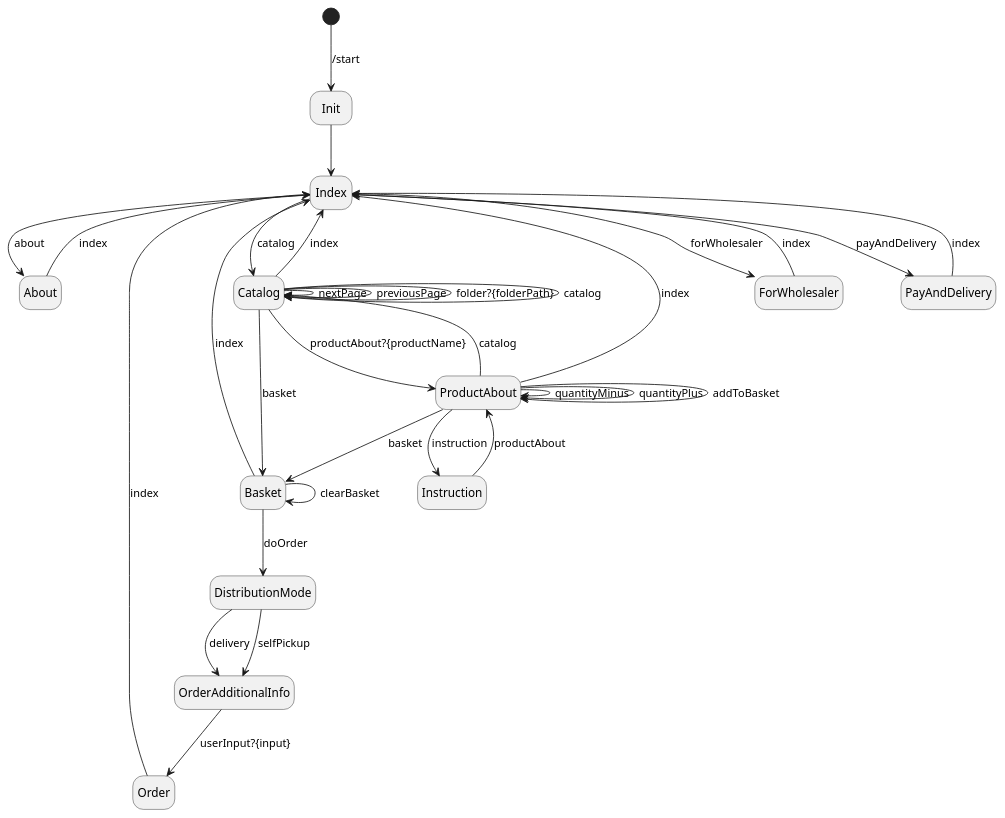
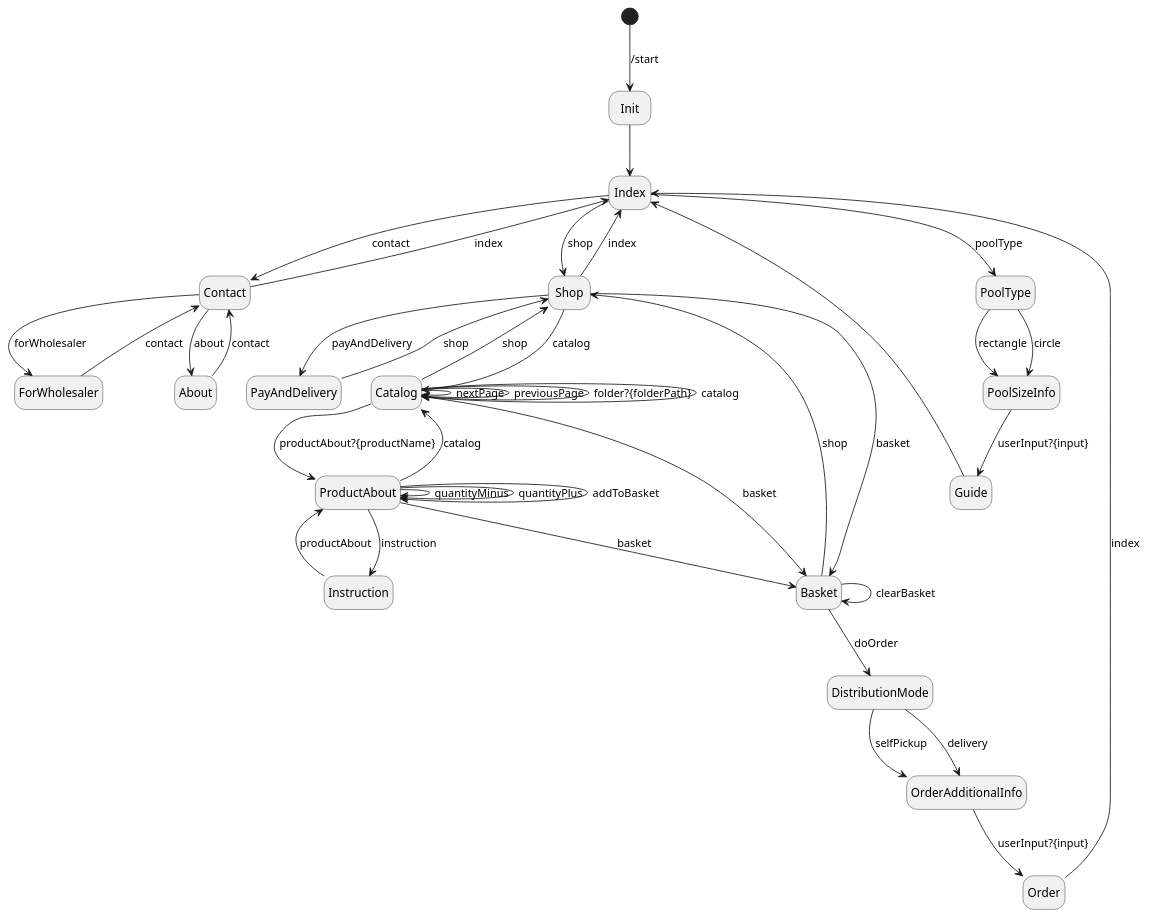
One commit to ViktorShchukin/shopbot changed the diagram in doc/botFsmDiagram.md. Above: the diagram before and after it, drawn with PlantUML.

Commit message:
Refactor fsm diagram.

````diff
--- a/doc/botFsmDiagram.md
+++ b/doc/botFsmDiagram.md
@@ -2,61 +2,79 @@
 ```plantuml
 hide empty description
 
 state entrypoint <<start>>
 
 state About
+state Contact
+state Shop
+state Guide
 state Basket
 state Catalog
 state Index
 state Init
 state Order
 state ProductAbout
 state ForWholesaler
 state PayAndDelivery
 state Instruction
 state DistributionMode
 state OrderAdditionalInfo
     
 entrypoint --> Init : /start
 Init --> Index
 
-Index --> About : about
-Index --> Catalog : catalog
-Index --> ForWholesaler : forWholesaler
-Index --> PayAndDelivery : payAndDelivery
 
-ForWholesaler --> Index : index
-About --> Index : index
-PayAndDelivery --> Index : index
+Index --> Contact : contact
+Index --> Shop : shop
 
-Catalog --> Index : index
+Index --> PoolType : poolType
+PoolType --> PoolSizeInfo : rectangle
+PoolType --> PoolSizeInfo : circle
+PoolSizeInfo --> Guide : userInput?{input}
+Guide --> Index
+
+Contact --> About : about
+Contact --> ForWholesaler : forWholesaler
+Contact --> Index : index
+
+ForWholesaler --> Contact : contact
+About --> Contact : contact
+
+Shop --> Catalog : catalog
+Shop --> PayAndDelivery : payAndDelivery
+Shop --> Basket : basket
+Shop --> Index : index
+
+PayAndDelivery --> Shop : shop
+
+Catalog --> Shop : shop
 Catalog --> ProductAbout : productAbout?{productName}
 Catalog --> Catalog : nextPage
 Catalog --> Catalog : previousPage
 '' get into the specific folder 
 Catalog --> Catalog : folder?{folderPath}
 '' go to the root of the catalog
 Catalog --> Catalog : catalog
 Catalog --> Basket : basket
 
 ProductAbout --> ProductAbout : quantityMinus
 ProductAbout --> ProductAbout : quantityPlus
 ProductAbout --> ProductAbout : addToBasket
 ProductAbout --> Basket : basket
-ProductAbout --> Index : index
+'' ProductAbout --> Shop : shop
 ProductAbout --> Catalog : catalog
 ProductAbout --> Instruction : instruction
 
 Instruction --> ProductAbout : productAbout
 
-Basket --> Index : index
+Basket --> Shop : shop
 Basket --> Basket : clearBasket
 Basket --> DistributionMode : doOrder
 
 DistributionMode --> OrderAdditionalInfo : delivery
 DistributionMode --> OrderAdditionalInfo : selfPickup
 
 OrderAdditionalInfo --> Order : userInput?{input}
 
 Order --> Index : index
 ```
````
